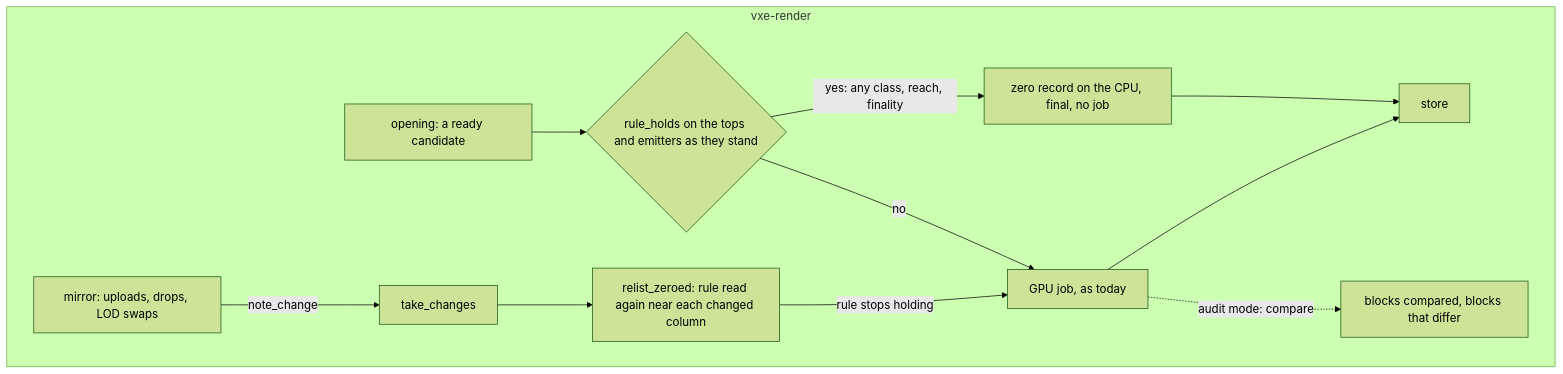
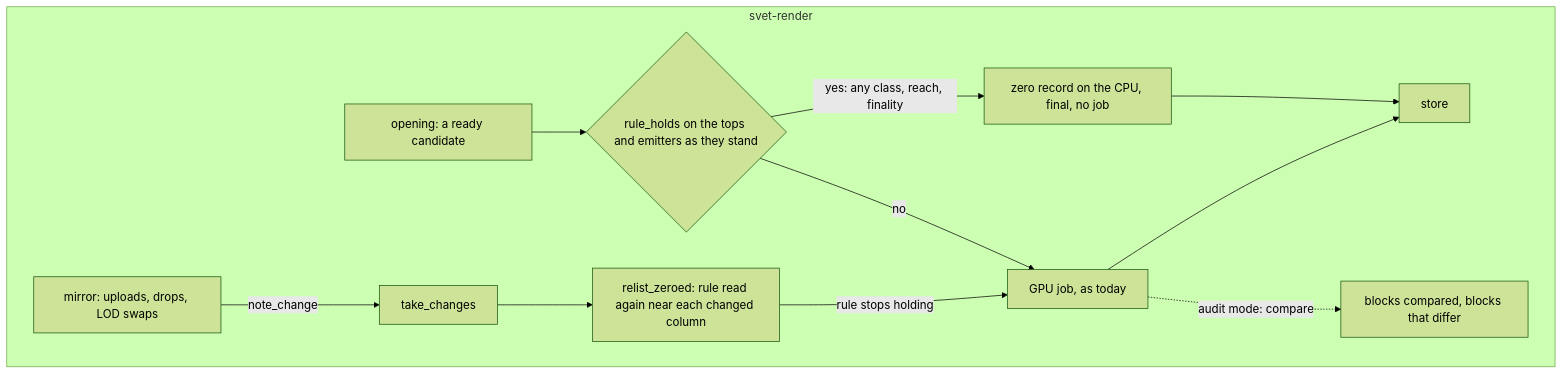
The diagram in docs/plans/0101-the-record-by-rule-at-every-opening-an-audit-on-the-real-scenes-first-then-the-three-exclusions-lifted.md (IgorKonovalov/voxel-engine), drawn with Mermaid (forest theme) before and after one commit. The commit also changed other lines of this file and 53 other files, not shown here.

````diff
--- a/docs/plans/0101-the-record-by-rule-at-every-opening-an-audit-on-the-real-scenes-first-then-the-three-exclusions-lifted.md
+++ b/docs/plans/0101-the-record-by-rule-at-every-opening-an-audit-on-the-real-scenes-first-then-the-three-exclusions-lifted.md
@@ -157,14 +157,14 @@
 ```mermaid
 flowchart TD
-    subgraph vxe-render
+    subgraph svet-render
         M[mirror: uploads, drops, LOD swaps] -->|note_change| C[take_changes]
         C --> R[relist_zeroed: rule read again near each changed column]
         O[opening: a ready candidate] --> H{rule_holds on the tops and emitters as they stand}
         H -->|yes: any class, reach, finality| Z[zero record on the CPU, final, no job]
         H -->|no| J[GPU job, as today]
         R -->|rule stops holding| J
         Z --> S[store]
         J --> S
         J -. audit mode: compare .-> A[blocks compared, blocks that differ]
     end
 ```
````
